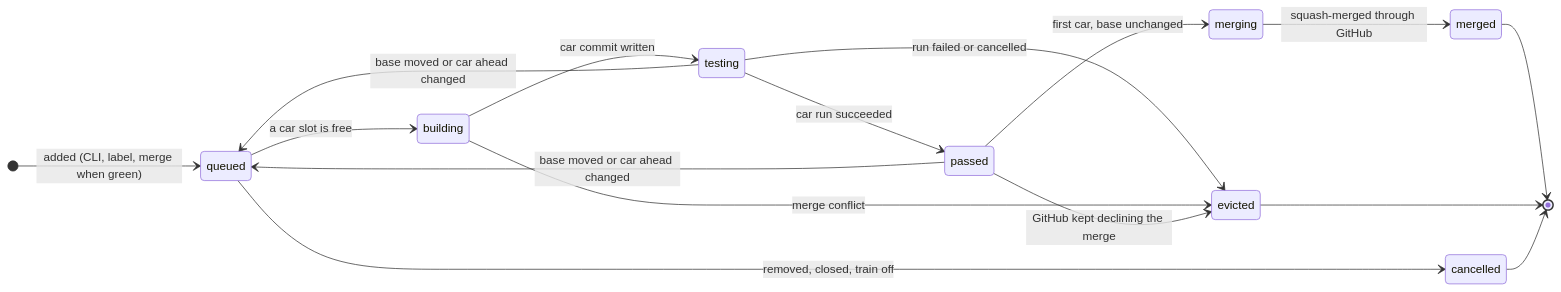
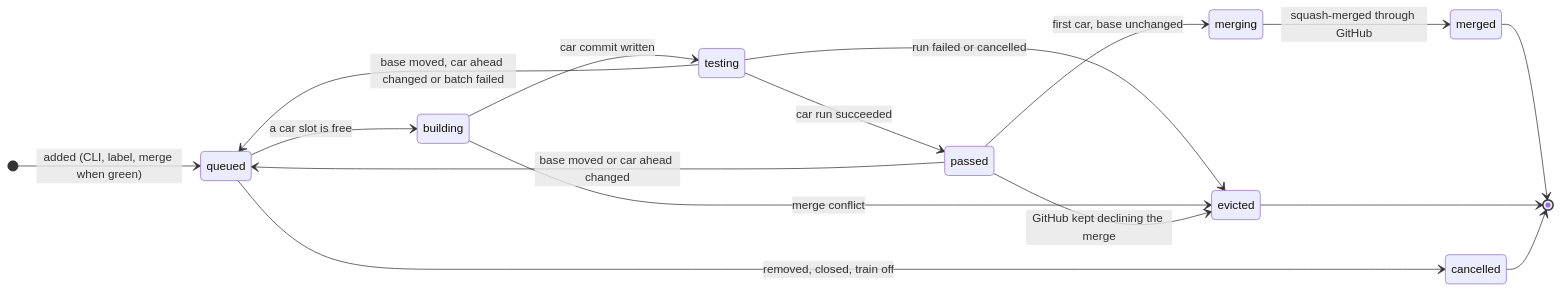
Before and after one commit to ankraio/ankra-docs: the second of 5 diagrams in pipelines/merge-train.mdx, drawn with Mermaid. The commit also changed other lines of this file and 2 other files, not shown here.

First line of the commit message:
docs(pipelines): the merge train takes stacked pull requests and tests a window as one batch (ankra-362328)

````diff
--- a/pipelines/merge-train.mdx
+++ b/pipelines/merge-train.mdx
@@ -57,19 +57,19 @@
 ```mermaid
 stateDiagram-v2
     direction LR
     [*] --> queued: added (CLI, label, merge when green)
     queued --> building: a car slot is free
     building --> testing: car commit written
     testing --> passed: car run succeeded
     passed --> merging: first car, base unchanged
     merging --> merged: squash-merged through GitHub
     testing --> evicted: run failed or cancelled
     building --> evicted: merge conflict
     passed --> evicted: GitHub kept declining the merge
     queued --> cancelled: removed, closed, train off
-    testing --> queued: base moved or car ahead changed
+    testing --> queued: base moved, car ahead changed or batch failed
     passed --> queued: base moved or car ahead changed
     merged --> [*]
     evicted --> [*]
     cancelled --> [*]
 ```
````
